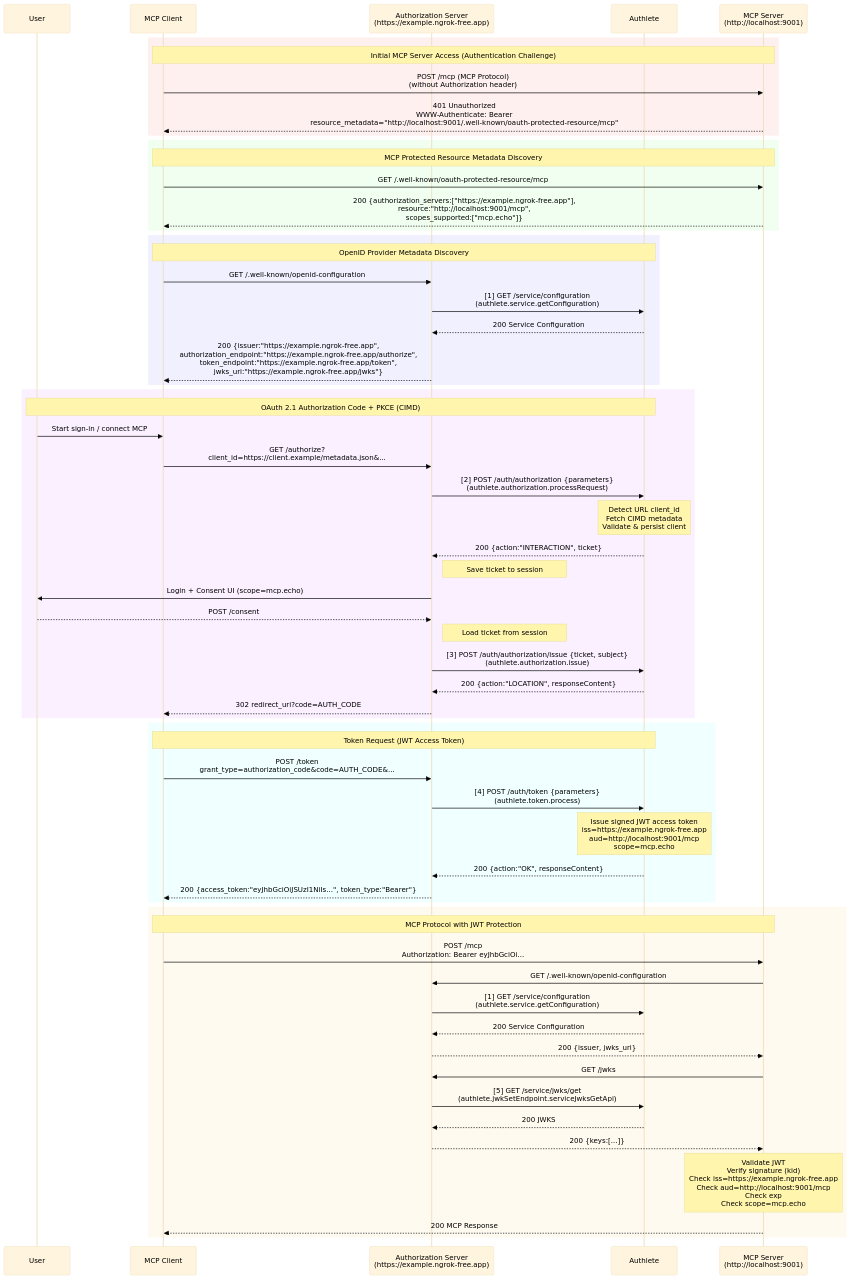
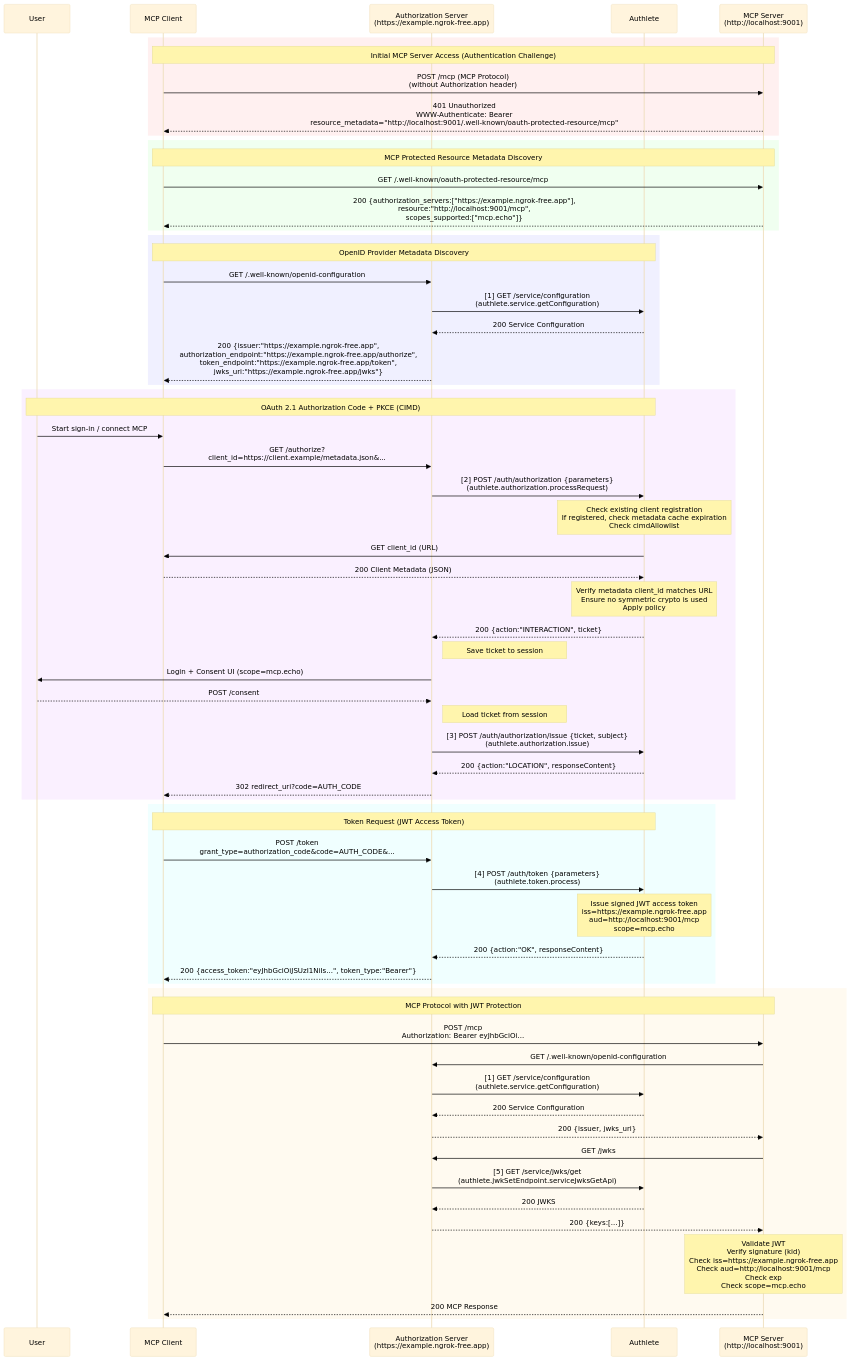
One commit to authlete/study-session-2026-02 changed the diagram in docs-en/02-implement-authorization-server.md. Above: the diagram before and after it, drawn with Mermaid. The commit also changed 1 other file, not shown here.

Commit message:
docs: refine CIMD flow details

```diff
--- a/docs-en/02-implement-authorization-server.md
+++ b/docs-en/02-implement-authorization-server.md
@@ -111,7 +111,10 @@
         U->>C: Start sign-in / connect MCP
         C->>AS: GET /authorize?<br/>client_id=https://client.example/metadata.json&...
         AS->>AL: [2] POST /auth/authorization {parameters}<br/>(authlete.authorization.processRequest)
-        Note over AL: Detect URL client_id<br/>Fetch CIMD metadata<br/>Validate & persist client
+        Note over AL: Check existing client registration<br/>If registered, check metadata cache expiration<br/>Check cimdAllowlist
+        AL->>C: GET client_id (URL)
+        C-->>AL: 200 Client Metadata (JSON)
+        Note over AL: Verify metadata client_id matches URL<br/>Ensure no symmetric crypto is used<br/>Apply policy
         AL-->>AS: 200 {action:"INTERACTION", ticket}
         Note right of AS: Save ticket to session
         AS->>U: Login + Consent UI (scope=mcp.echo)
```
